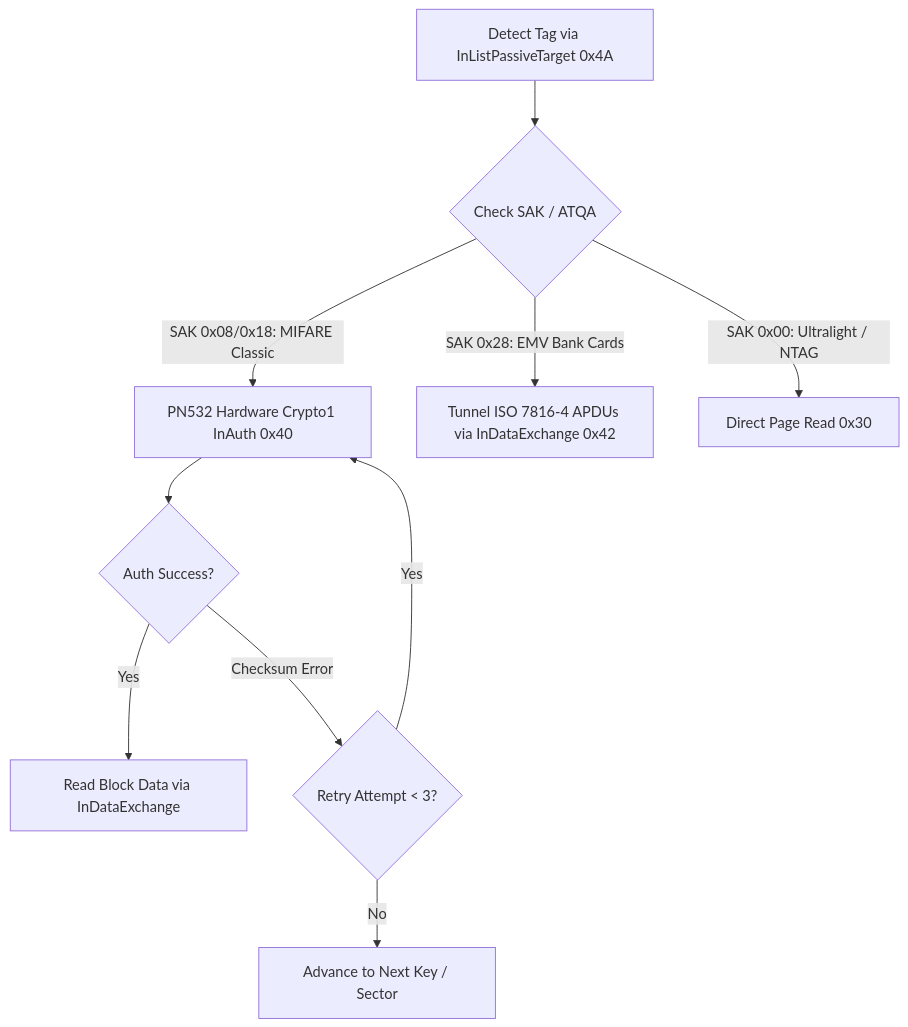
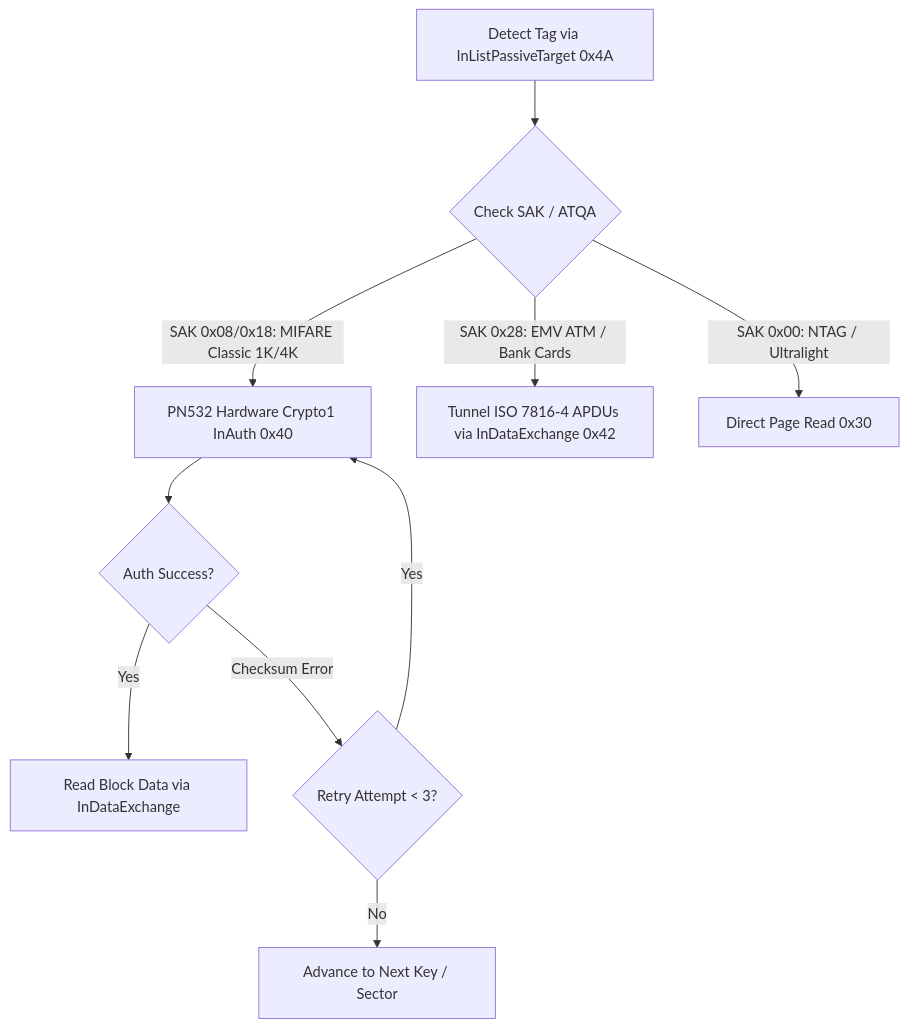
One commit to AJ60/Flipper_OLED_PCF8574_PN532 changed the fifth of 5 diagrams in ReadMe.md. Above: the diagram before and after it, drawn with Mermaid. The commit also changed other lines of this file and 2 other files, not shown here.

Commit message:
docs: update ReadMe and engineering docs with active development notices, test scope, and ethical disclaimer

````diff
--- a/ReadMe.md
+++ b/ReadMe.md
@@ -295,14 +291,14 @@
 ```mermaid
 graph TD
     Detect[Detect Tag via InListPassiveTarget 0x4A] --> TypeCheck{Check SAK / ATQA}
     
-    TypeCheck -->|SAK 0x08/0x18: MIFARE Classic| HW_Crypto[PN532 Hardware Crypto1 InAuth 0x40]
-    TypeCheck -->|SAK 0x28: EMV Bank Cards| ISO_Tunnel[Tunnel ISO 7816-4 APDUs via InDataExchange 0x42]
-    TypeCheck -->|SAK 0x00: Ultralight / NTAG| NTAG_Read[Direct Page Read 0x30]
+    TypeCheck -->|SAK 0x08/0x18: MIFARE Classic 1K/4K| HW_Crypto[PN532 Hardware Crypto1 InAuth 0x40]
+    TypeCheck -->|SAK 0x28: EMV ATM / Bank Cards| ISO_Tunnel[Tunnel ISO 7816-4 APDUs via InDataExchange 0x42]
+    TypeCheck -->|SAK 0x00: NTAG / Ultralight| NTAG_Read[Direct Page Read 0x30]
 
     HW_Crypto --> AuthCheck{Auth Success?}
     AuthCheck -->|Yes| ReadBlock[Read Block Data via InDataExchange]
     AuthCheck -->|Checksum Error| RetryCheck{Retry Attempt < 3?}
     RetryCheck -->|Yes| HW_Crypto
     RetryCheck -->|No| NextSector[Advance to Next Key / Sector]
 ```
````
